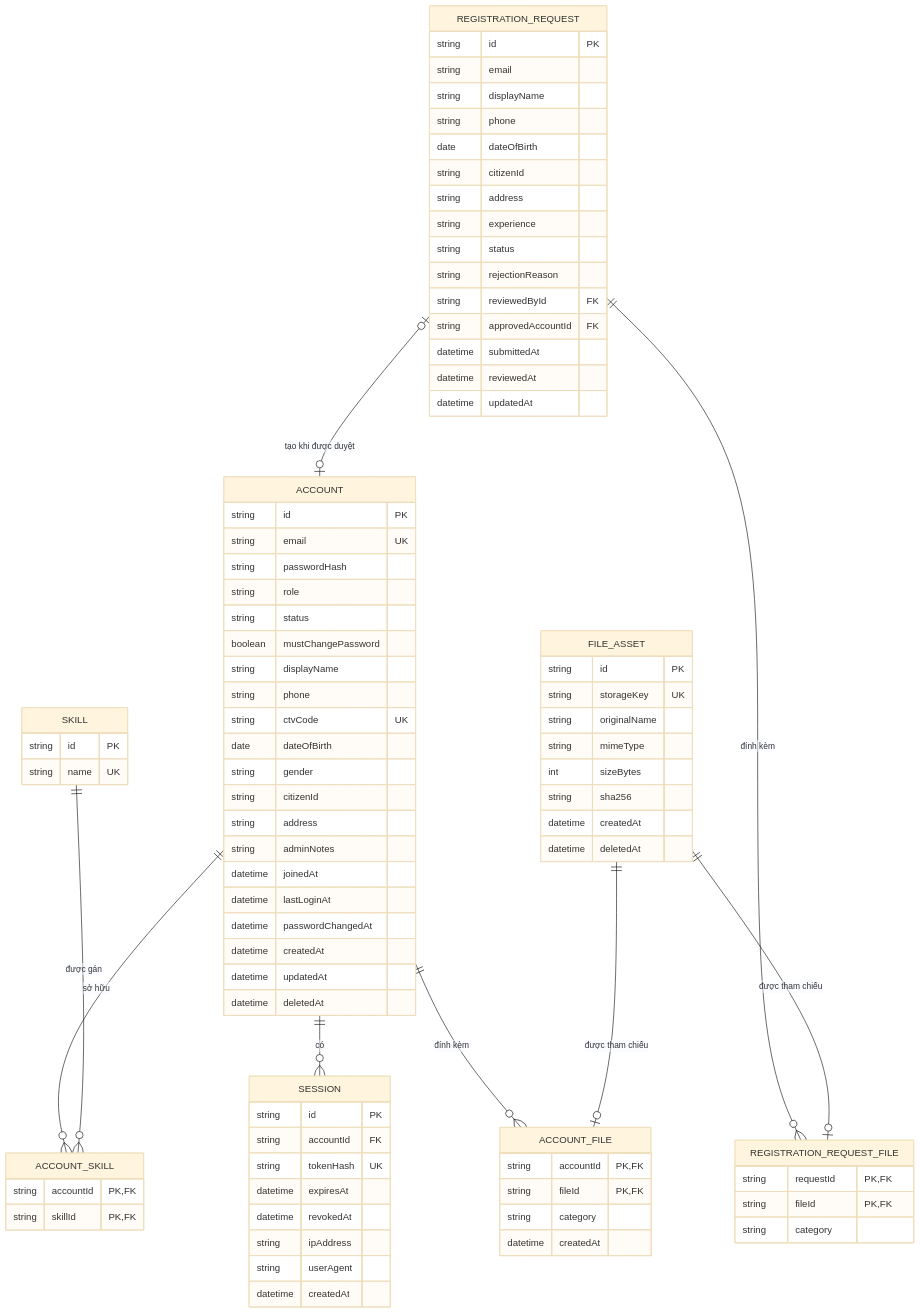
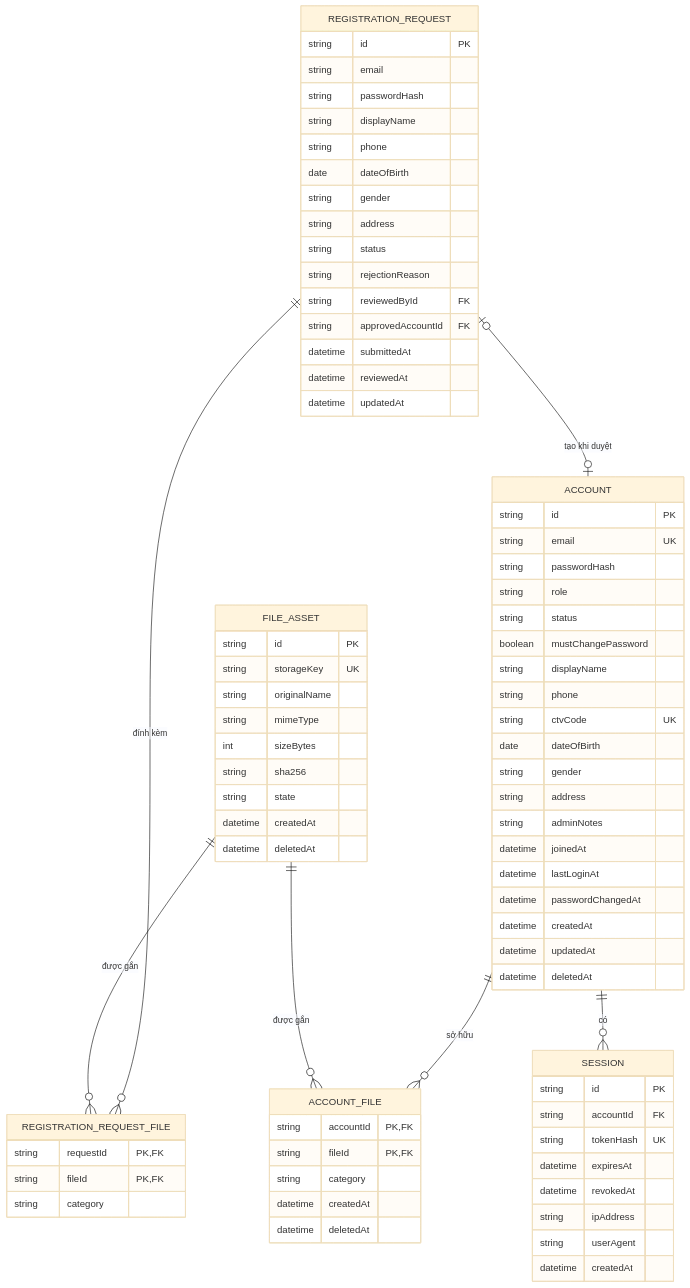
The first of 3 diagrams in docs/DATABASE.md (MINHDZVODICH/ctv-manage), drawn with Mermaid (base theme) before and after one commit. The commit also changed other lines of this file and 19 other files, not shown here.

Commit message:
docs: align API architecture and prototype flows

````diff
--- a/docs/DATABASE.md
+++ b/docs/DATABASE.md
@@ -34,13 +5,11 @@
 ```mermaid
 erDiagram
     ACCOUNT ||--o{ SESSION : "có"
-    ACCOUNT ||--o{ ACCOUNT_SKILL : "sở hữu"
-    SKILL ||--o{ ACCOUNT_SKILL : "được gán"
-    ACCOUNT ||--o{ ACCOUNT_FILE : "đính kèm"
-    FILE_ASSET ||--o| ACCOUNT_FILE : "được tham chiếu"
+    ACCOUNT ||--o{ ACCOUNT_FILE : "sở hữu"
+    FILE_ASSET ||--o{ ACCOUNT_FILE : "được gắn"
     REGISTRATION_REQUEST ||--o{ REGISTRATION_REQUEST_FILE : "đính kèm"
-    FILE_ASSET ||--o| REGISTRATION_REQUEST_FILE : "được tham chiếu"
-    REGISTRATION_REQUEST o|--o| ACCOUNT : "tạo khi được duyệt"
+    FILE_ASSET ||--o{ REGISTRATION_REQUEST_FILE : "được gắn"
+    REGISTRATION_REQUEST o|--o| ACCOUNT : "tạo khi duyệt"
 
     ACCOUNT {
         string id PK
@@ -54,7 +23,6 @@
         string ctvCode UK
         date dateOfBirth
         string gender
-        string citizenId
         string address
         string adminNotes
         datetime joinedAt
@@ -79,12 +47,12 @@
     REGISTRATION_REQUEST {
         string id PK
         string email
+        string passwordHash
         string displayName
         string phone
         date dateOfBirth
-        string citizenId
+        string gender
         string address
-        string experience
         string status
         string rejectionReason
         string reviewedById FK
@@ -101,6 +69,7 @@
         string mimeType
         int sizeBytes
         string sha256
+        string state
         datetime createdAt
         datetime deletedAt
     }
@@ -116,15 +85,6 @@
         string fileId PK,FK
         string category
         datetime createdAt
-    }
-
-    SKILL {
-        string id PK
-        string name UK
-    }
-
-    ACCOUNT_SKILL {
-        string accountId PK,FK
-        string skillId PK,FK
+        datetime deletedAt
     }
 ```
````
